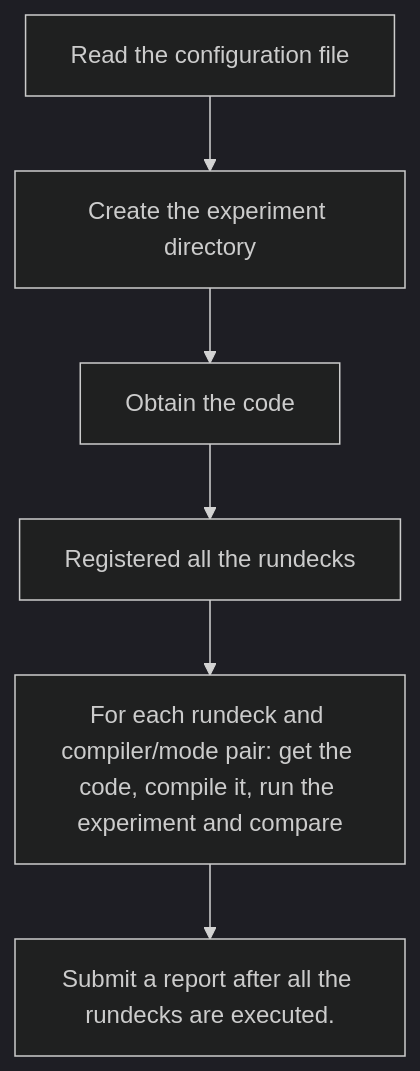
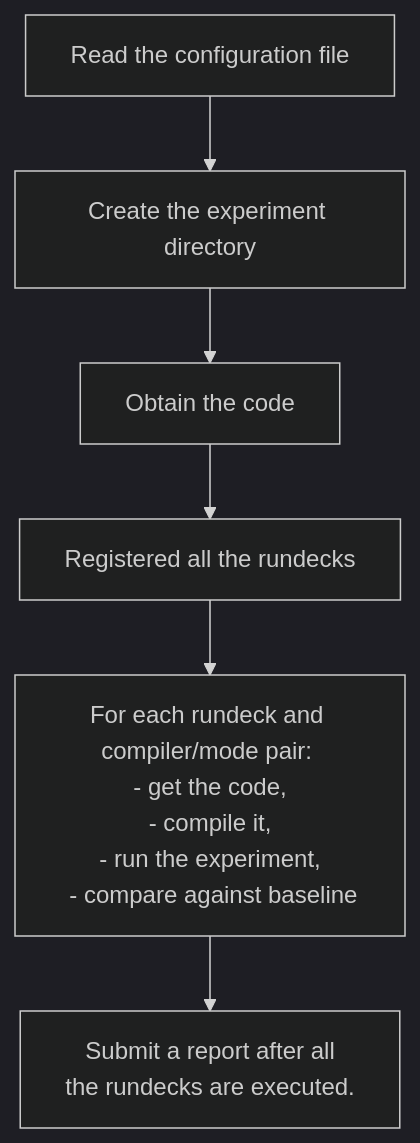
Before and after one commit to astg606/modelE_regression: the diagram in README.md, drawn with Mermaid (dark theme).

Commit message:
Refine flowchart steps in README
Updated flowchart in README to improve clarity on steps.

````diff
--- a/README.md
+++ b/README.md
@@ -33,8 +33,8 @@
 ```mermaid
 flowchart TB
     A[Read the configuration file] --> B[Create the experiment directory]
     B --> C[Obtain the code]
     C --> D[Registered all the rundecks]
-    D --> F[For each rundeck and compiler/mode pair: get the code, compile it, run the experiment and compare]
-    F --> G[Submit a report after all the rundecks are executed.]
+    D --> F[For each rundeck and compiler/mode pair: <br> - get the code, <br> - compile it, <br> - run the experiment, <br> - compare against baseline]
+    F --> G[Submit a report after all <br> the rundecks are executed.]
 ```
````
